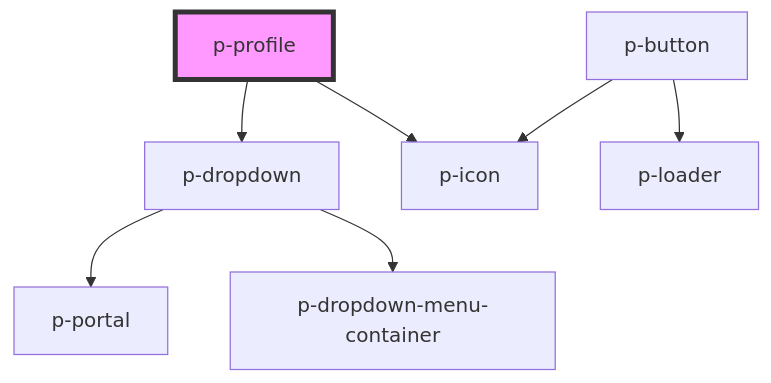
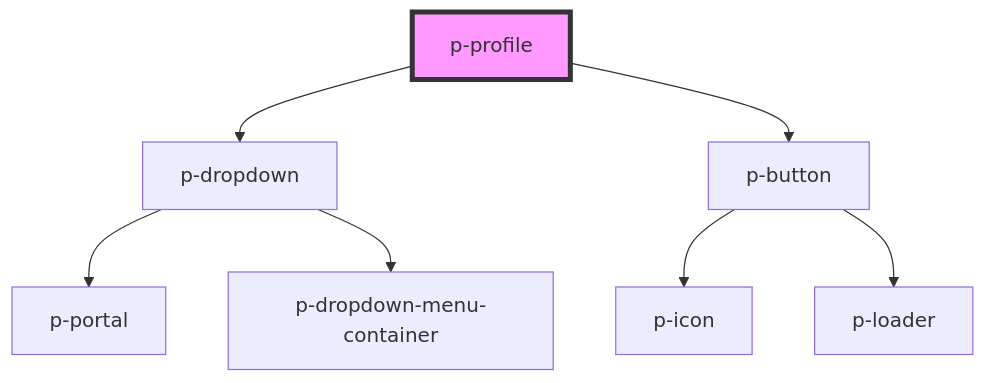
The diagram in packages/core/src/components/molecules/profile/readme.md (Employes/Paperless), drawn with Mermaid before and after one commit. The commit also changed 2 other files, not shown here.

Commit message:
fix(molecules/dropdown): Small fix after rebase

````diff
--- a/packages/core/src/components/molecules/profile/readme.md
+++ b/packages/core/src/components/molecules/profile/readme.md
@@ -31,10 +31,10 @@
 ```mermaid
 graph TD;
   p-profile --> p-dropdown
-  p-profile --> p-icon
+  p-profile --> p-button
   p-dropdown --> p-portal
   p-dropdown --> p-dropdown-menu-container
   p-button --> p-icon
   p-button --> p-loader
   style p-profile fill:#f9f,stroke:#333,stroke-width:4px
 ```
````
